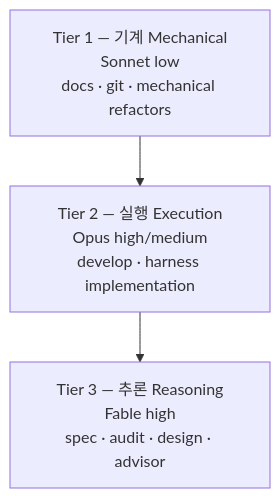
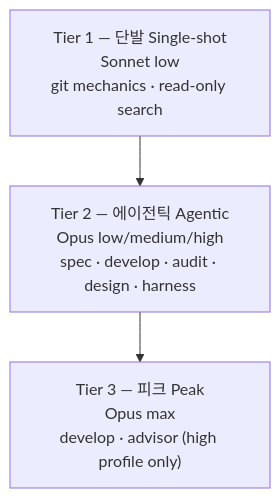
The diagram in docs-site/content/ko/advanced/no-haiku-3tier.md (modu-ai/moai-adk), drawn with Mermaid before and after one commit. The commit also changed other lines of this file and 56 other files, not shown here.

````diff
--- a/docs-site/content/ko/advanced/no-haiku-3tier.md
+++ b/docs-site/content/ko/advanced/no-haiku-3tier.md
@@ -27,8 +40,8 @@
 ```mermaid
 flowchart TD
-    T1["Tier 1 — 기계 Mechanical<br/>Sonnet low<br/>docs · git · mechanical refactors"]
-    T2["Tier 2 — 실행 Execution<br/>Opus high/medium<br/>develop · harness implementation"]
-    T3["Tier 3 — 추론 Reasoning<br/>Fable high<br/>spec · audit · design · advisor"]
+    T1["Tier 1 — 단발 Single-shot<br/>Sonnet low<br/>git mechanics · read-only search"]
+    T2["Tier 2 — 에이전틱 Agentic<br/>Opus low/medium/high<br/>spec · develop · audit · design · harness"]
+    T3["Tier 3 — 피크 Peak<br/>Opus max<br/>develop · advisor (high profile only)"]
 
     T1 --> T2 --> T3
 ```
````
